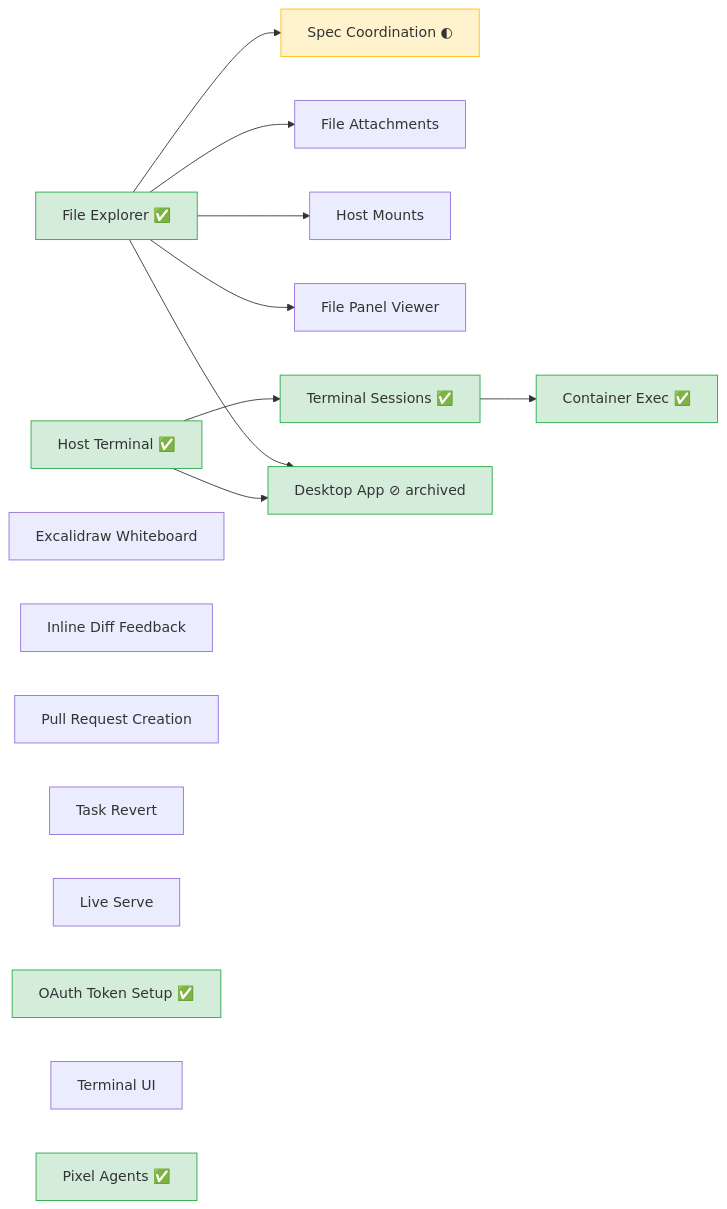
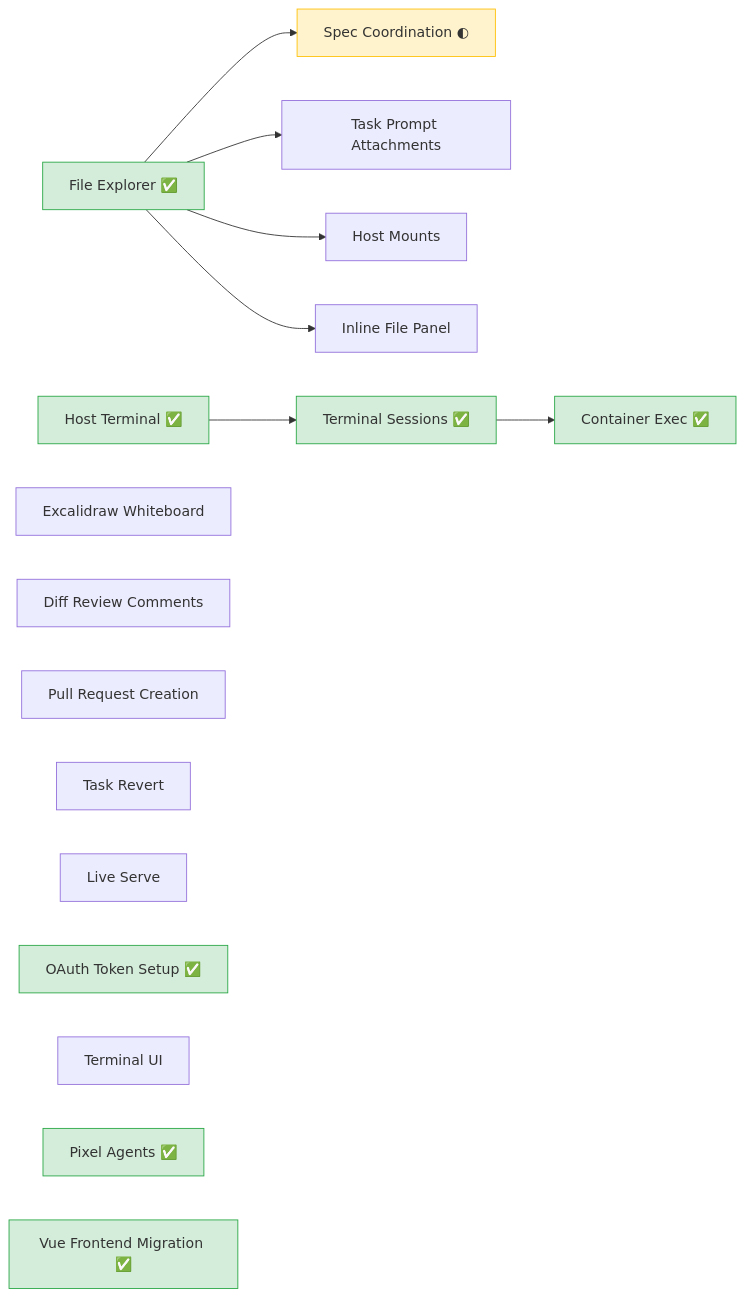
Before and after one commit to changkun/wallfacer: the first of 4 diagrams in specs/README.md, drawn with Mermaid. The commit also changed other lines of this file, not shown here.

First line of the commit message:
spec(README): reconcile roadmap index with current spec statuses

````diff
--- a/specs/README.md
+++ b/specs/README.md
@@ -84,28 +87,27 @@
 ```mermaid
 graph LR
   FE[File Explorer ✅] --> SC[Spec Coordination ◐]
-  FE --> FA[File Attachments]
+  FE --> TPA[Task Prompt Attachments]
   FE --> HM[Host Mounts]
-  FE --> FPV[File Panel Viewer]
+  FE --> IFP[Inline File Panel]
   HT[Host Terminal ✅] --> TS[Terminal Sessions ✅] --> CE[Container Exec ✅]
-  FE --> DA[Desktop App ⊘ archived]
-  HT --> DA
 
   EW[Excalidraw Whiteboard]
-  IDF[Inline Diff Feedback]
+  DRC[Diff Review Comments]
   PR[Pull Request Creation]
   TR[Task Revert]
   LS[Live Serve]
   OTS[OAuth Token Setup ✅]
   TUI[Terminal UI]
   PA[Pixel Agents ✅]
+  VFM[Vue Frontend Migration ✅]
 
   style FE fill:#d4edda,stroke:#28a745
   style HT fill:#d4edda,stroke:#28a745
   style TS fill:#d4edda,stroke:#28a745
   style CE fill:#d4edda,stroke:#28a745
-  style DA fill:#d4edda,stroke:#28a745
   style OTS fill:#d4edda,stroke:#28a745
   style PA fill:#d4edda,stroke:#28a745
+  style VFM fill:#d4edda,stroke:#28a745
   style SC fill:#fff3cd,stroke:#ffc107
 ```
````
